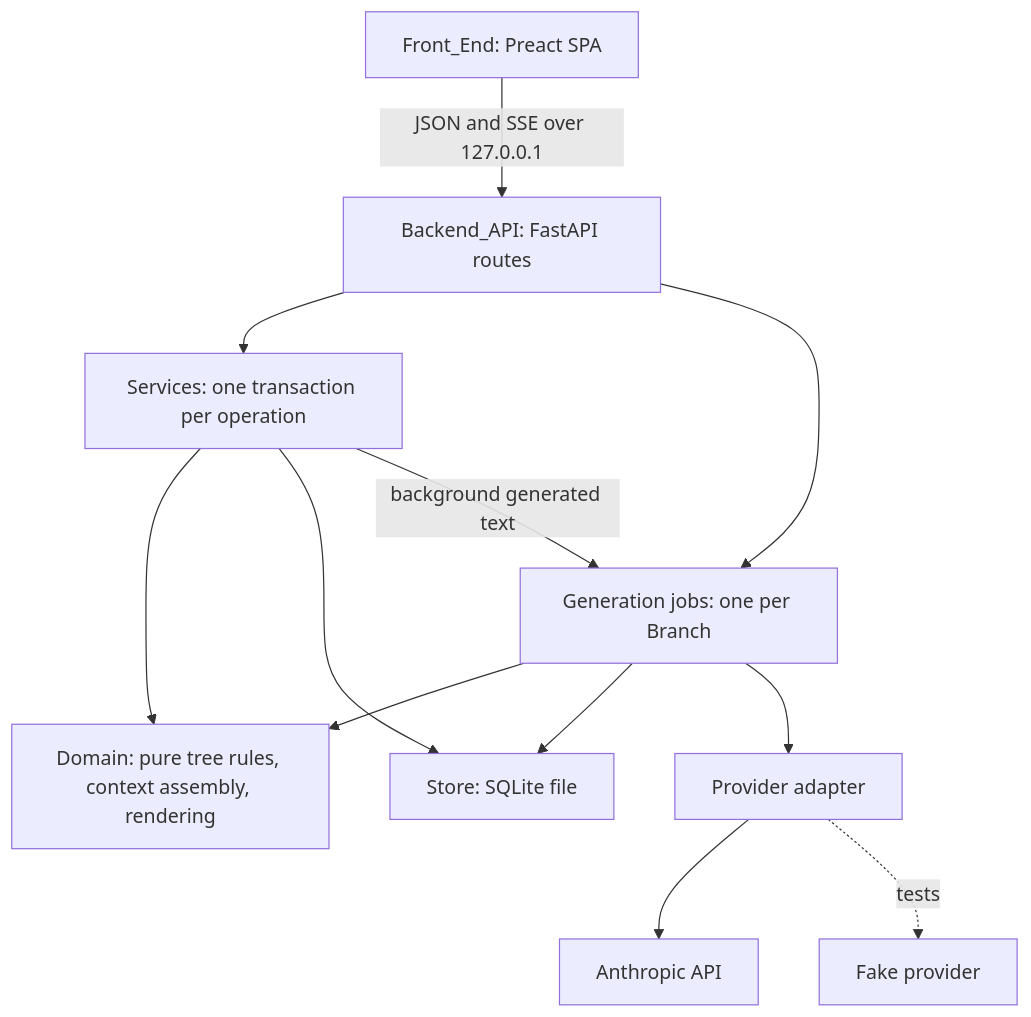
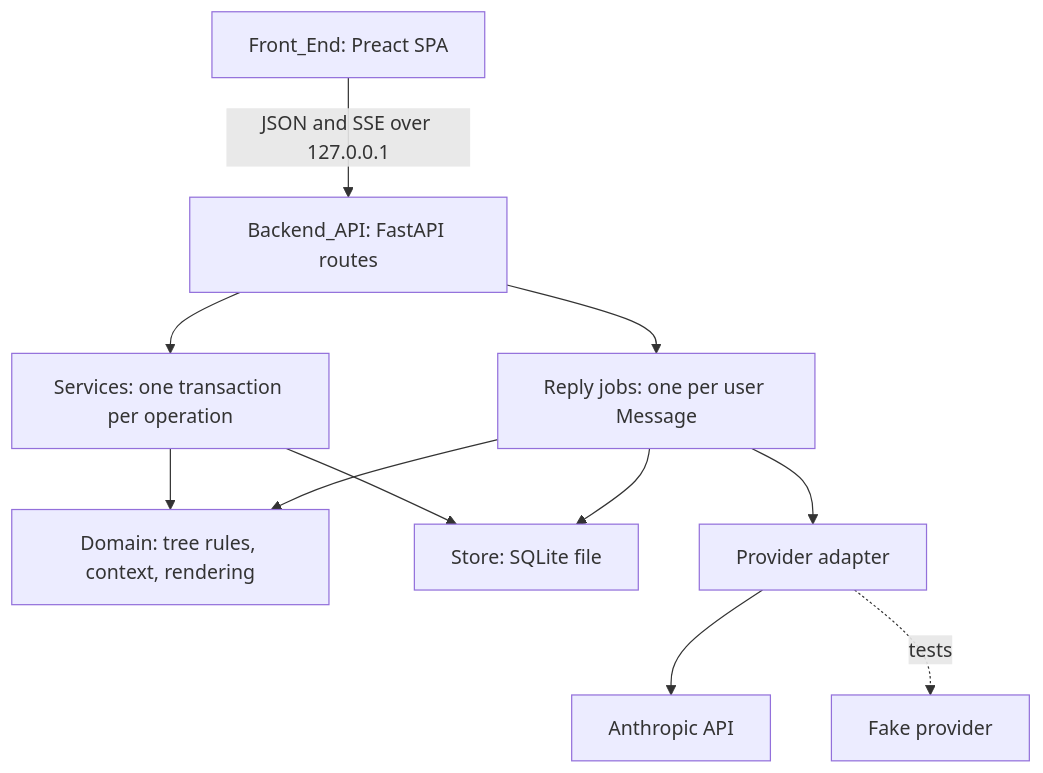
One commit to braunp01/tree_chat changed the diagram in .claude/steering/design.md. Above: the diagram before and after it, drawn with Mermaid. The commit also changed other lines of this file and 3 other files, not shown here.

````diff
--- a/.claude/steering/design.md
+++ b/.claude/steering/design.md
@@ -87,14 +50,13 @@
 ```mermaid
 graph TD
     FE[Front_End: Preact SPA] -->|JSON and SSE over 127.0.0.1| API[Backend_API: FastAPI routes]
     API --> SVC[Services: one transaction per operation]
-    API --> JOBS[Generation jobs: one per Branch]
-    SVC --> DOM[Domain: pure tree rules, context assembly, rendering]
+    API --> JOBS[Reply jobs: one per user Message]
+    SVC --> DOM[Domain: tree rules, context, rendering]
     JOBS --> DOM
     SVC --> STORE[Store: SQLite file]
     JOBS --> STORE
     JOBS --> PROV[Provider adapter]
-    SVC -->|background generated text| JOBS
     PROV --> ANT[Anthropic API]
     PROV -.tests.-> FAKE[Fake provider]
 ```
````
